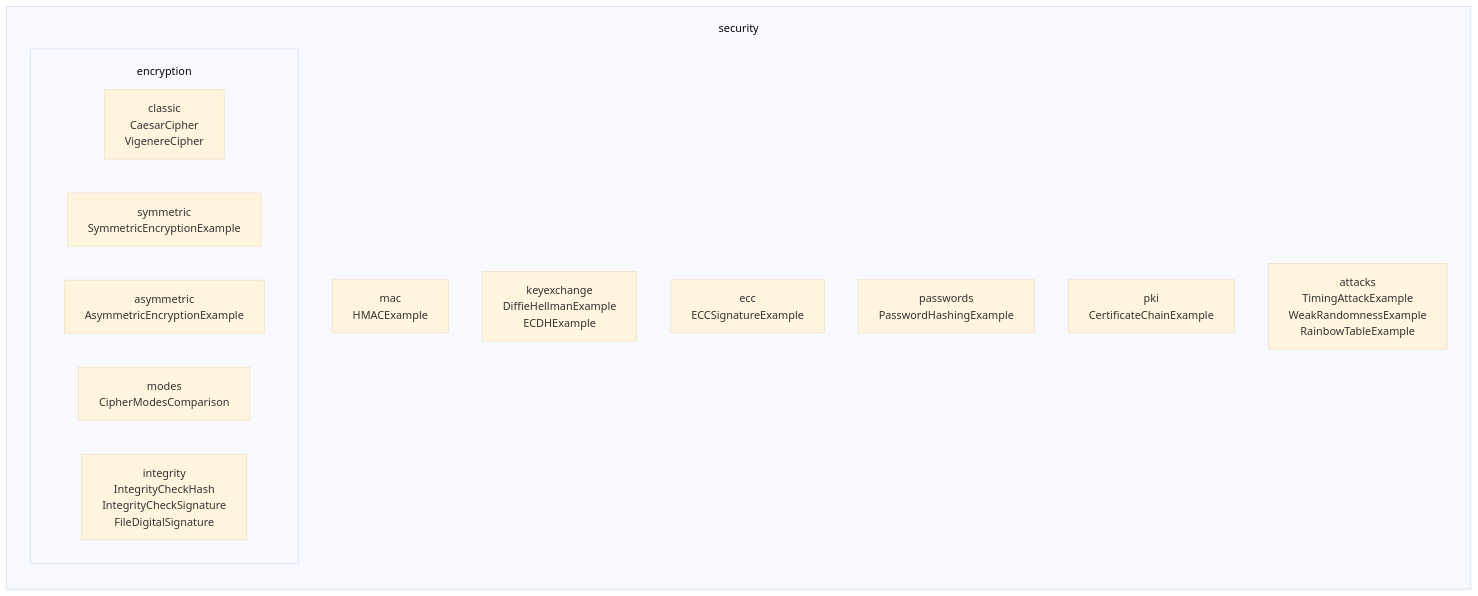
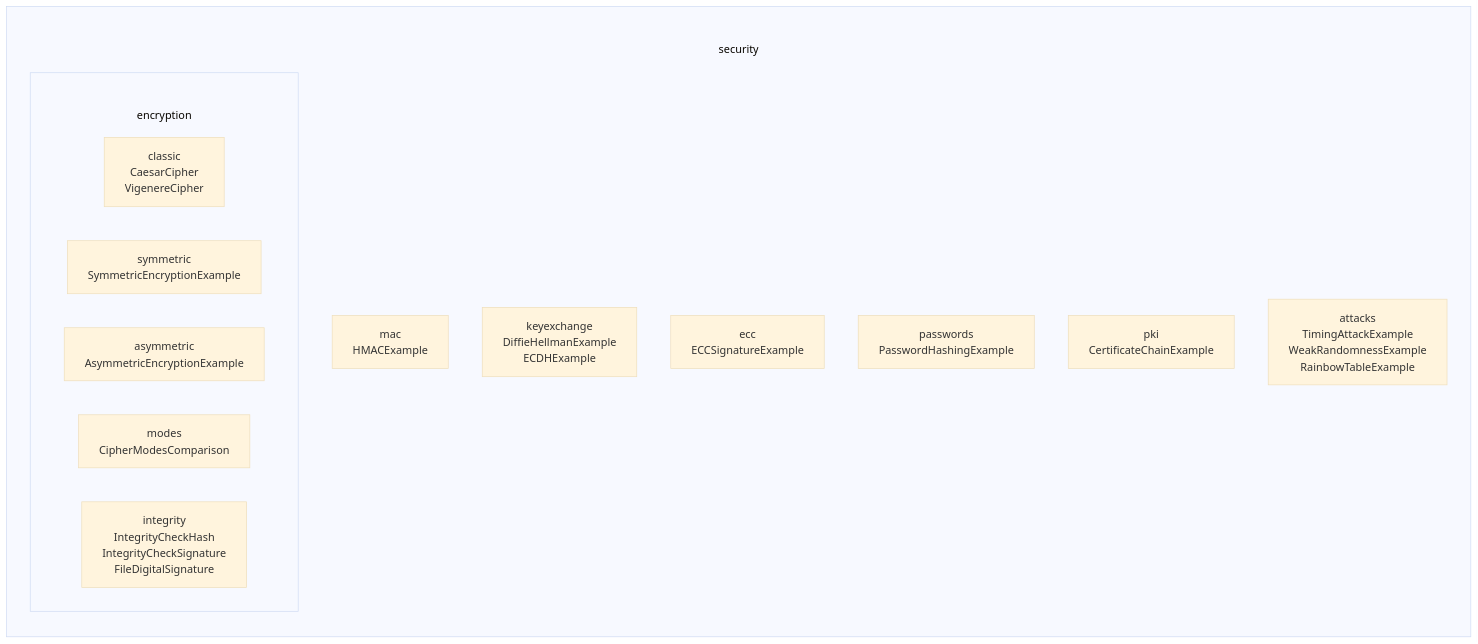
The second of 19 diagrams in README.md (csoares/SecurityJava), drawn with Mermaid (base theme) before and after one commit. The commit also changed other lines of this file and 11 other files, not shown here.

First line of the commit message:
Fix Mermaid subgraph title overlap by moving labels into title nodes

````diff
--- a/README.md
+++ b/README.md
@@ -56,19 +56,19 @@
 ```mermaid
-%%{init: {'flowchart': {'subGraphTitleMargin': {'top': 20, 'bottom': 5}}}}%%
+%%{init: {'flowchart': {'subGraphTitleMargin': {'top': 50, 'bottom': 10}}}}%%
 graph LR
     subgraph security
         subgraph encryption
             classic["classic<br/>CaesarCipher<br/>VigenereCipher"]
             symmetric["symmetric<br/>SymmetricEncryptionExample"]
             asymmetric["asymmetric<br/>AsymmetricEncryptionExample"]
             modes["modes<br/>CipherModesComparison"]
             integrity["integrity<br/>IntegrityCheckHash<br/>IntegrityCheckSignature<br/>FileDigitalSignature"]
         end
         mac["mac<br/>HMACExample"]
         keyexchange["keyexchange<br/>DiffieHellmanExample<br/>ECDHExample"]
         ecc["ecc<br/>ECCSignatureExample"]
         passwords["passwords<br/>PasswordHashingExample"]
         pki["pki<br/>CertificateChainExample"]
         attacks["attacks<br/>TimingAttackExample<br/>WeakRandomnessExample<br/>RainbowTableExample"]
     end
 ```
````
